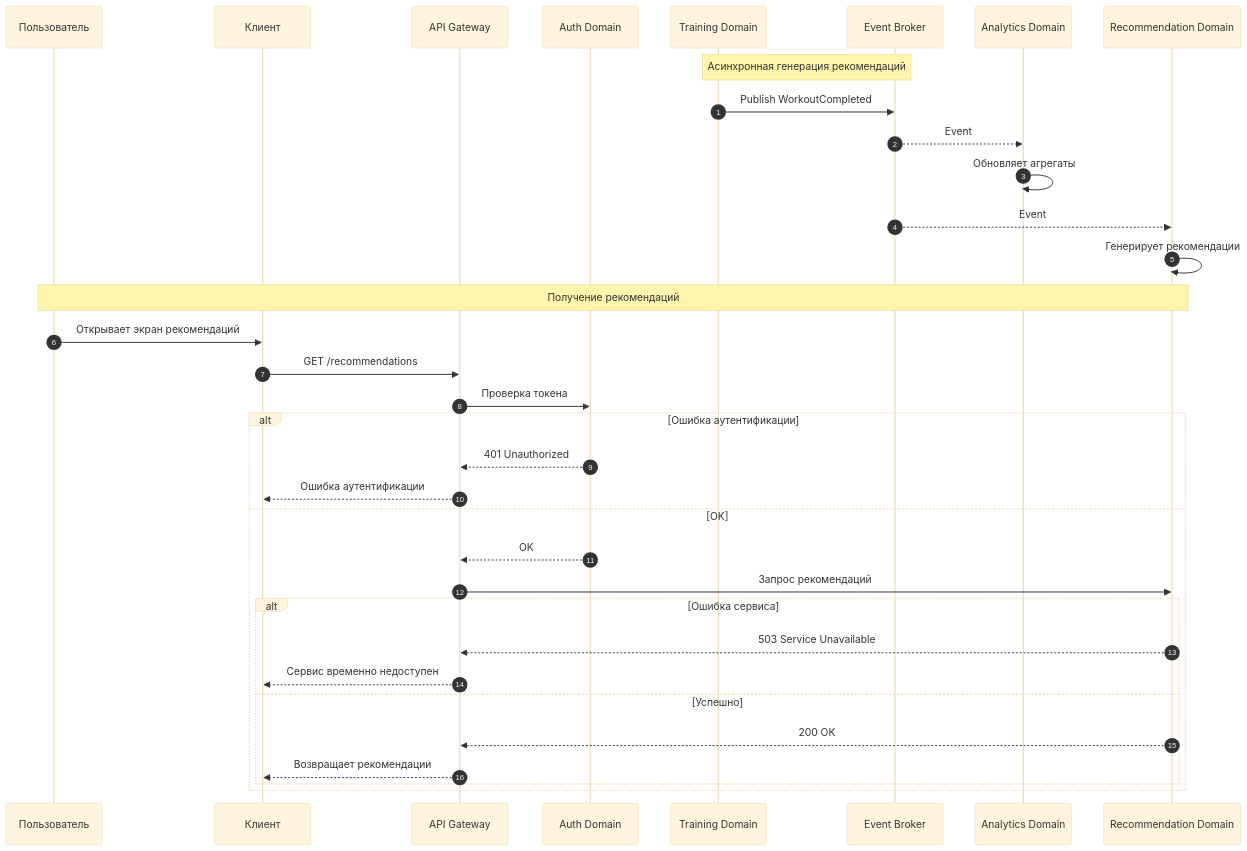
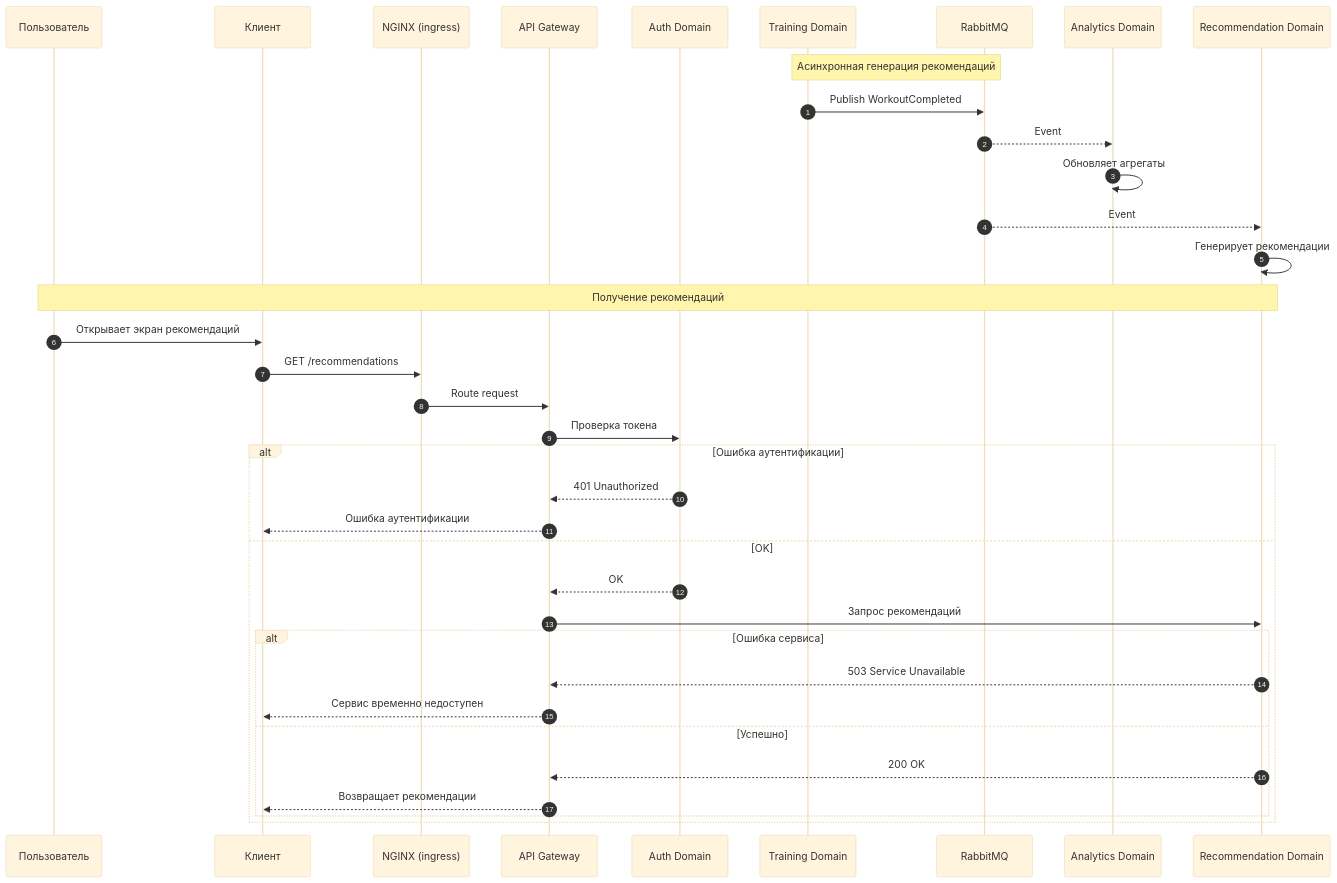
The diagram in 07-use-cases/04-recommendation-generation.md (HiddenFox29/Athletica), drawn with Mermaid (base theme) before and after one commit. The commit also changed other lines of this file and 11 other files, not shown here.

````diff
--- a/07-use-cases/04-recommendation-generation.md
+++ b/07-use-cases/04-recommendation-generation.md
@@ -160,42 +162,44 @@
 ```mermaid
 sequenceDiagram
     autonumber
     participant User as Пользователь
     participant Client as Клиент
+    participant NGINX as NGINX (ingress)
     participant Gateway as API Gateway
     participant Auth as Auth Domain
     participant Training as Training Domain
-    participant Broker as Event Broker
+    participant Broker as RabbitMQ
     participant Analytics as Analytics Domain
     participant Rec as Recommendation Domain
 
     Note over Training,Broker: Асинхронная генерация рекомендаций
 
     Training->>Broker: Publish WorkoutCompleted
     Broker-->>Analytics: Event
     Analytics->>Analytics: Обновляет агрегаты
     Broker-->>Rec: Event
     Rec->>Rec: Генерирует рекомендации
 
     Note over User,Rec: Получение рекомендаций
 
     User->>Client: Открывает экран рекомендаций
-    Client->>Gateway: GET /recommendations
+    Client->>NGINX: GET /recommendations
+    NGINX->>Gateway: Route request
 
     Gateway->>Auth: Проверка токена
     alt Ошибка аутентификации
         Auth-->>Gateway: 401 Unauthorized
         Gateway-->>Client: Ошибка аутентификации
     else OK
         Auth-->>Gateway: OK
         Gateway->>Rec: Запрос рекомендаций
 
         alt Ошибка сервиса
             Rec-->>Gateway: 503 Service Unavailable
             Gateway-->>Client: Сервис временно недоступен
         else Успешно
             Rec-->>Gateway: 200 OK
             Gateway-->>Client: Возвращает рекомендации
         end
     end
 ```
````
